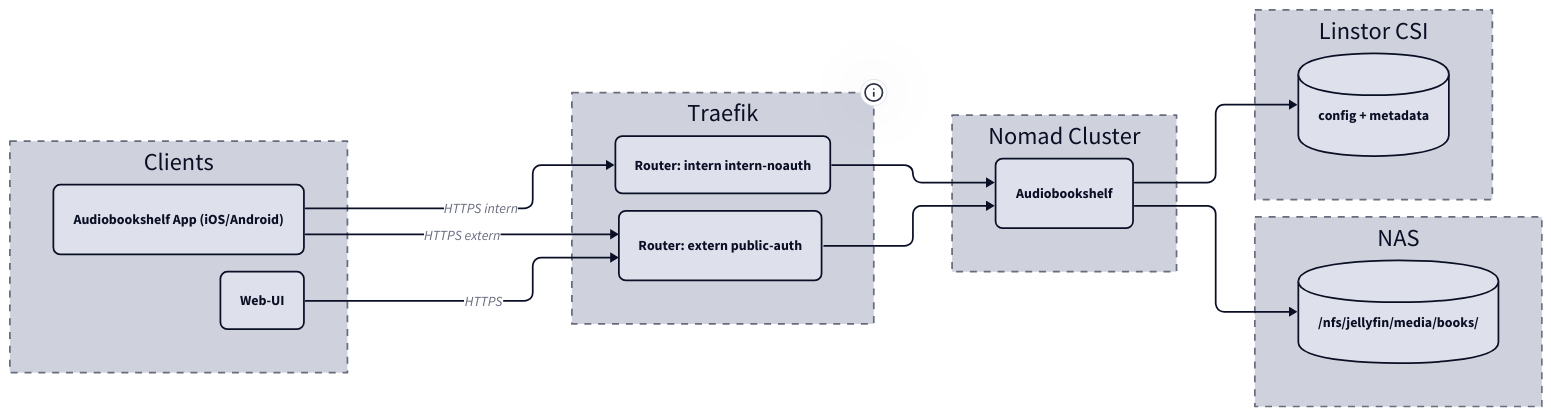
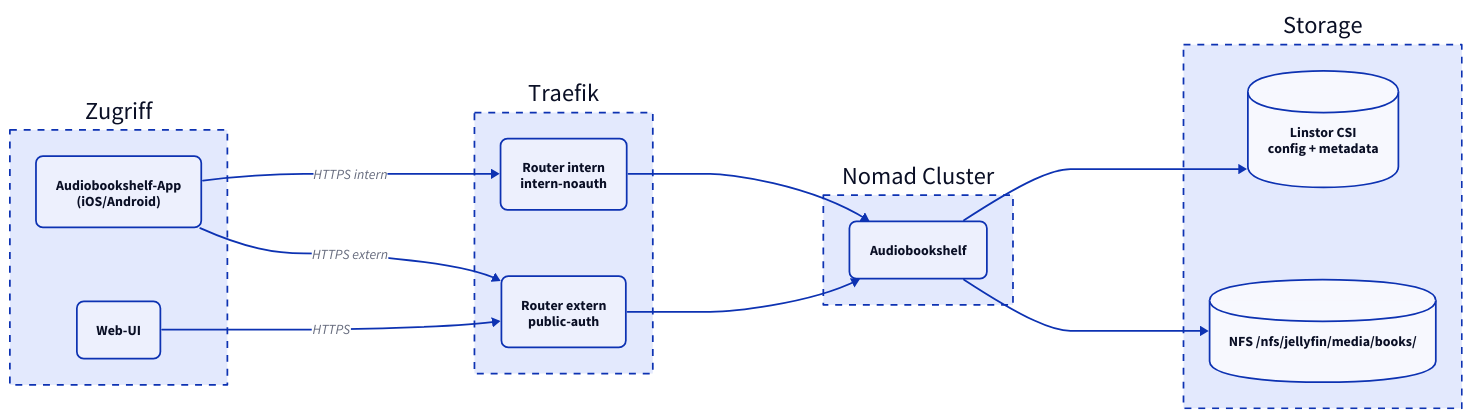
The diagram in docs/audiobookshelf/index.md (derever-labs/homelab-wiki), drawn with D2 before and after one commit. The commit also changed 11 other files, not shown here.

First line of the commit message:
docs(apps): Diagramme fuer TALA ueberarbeiten (Batch B5) (#101)

````diff
--- a/docs/audiobookshelf/index.md
+++ b/docs/audiobookshelf/index.md
@@ -26,45 +26,34 @@
 ```d2
-vars: {
-  d2-config: {
-    theme-id: 1
-    layout-engine: elk
-  }
-}
 direction: right
 
-Client: Clients {
+Clients: Zugriff {
   style.stroke-dash: 4
-  APP: "Audiobookshelf App (iOS/Android)" { style.border-radius: 8 }
+  APP: "Audiobookshelf-App\n(iOS/Android)" { style.border-radius: 8 }
   WEB: Web-UI { style.border-radius: 8 }
 }
 
 Traefik: Traefik {
   style.stroke-dash: 4
-  tooltip: "10.0.2.20"
-  INT: "Router: intern intern-noauth" { style.border-radius: 8 }
-  EXT: "Router: extern public-auth" { style.border-radius: 8 }
+  INT: "Router intern\nintern-noauth" { style.border-radius: 8 }
+  EXT: "Router extern\npublic-auth" { style.border-radius: 8 }
 }
 
 Nomad: Nomad Cluster {
   style.stroke-dash: 4
   ABS: Audiobookshelf { style.border-radius: 8 }
 }
 
-CSI: Linstor CSI {
+Storage: Storage {
   style.stroke-dash: 4
-  CFG: "config + metadata" { shape: cylinder }
+  CFG: "Linstor CSI\nconfig + metadata" { shape: cylinder }
+  BOOKS: "NFS /nfs/jellyfin/media/books/" { shape: cylinder }
 }
 
-NFS: NAS {
-  style.stroke-dash: 4
-  BOOKS: "/nfs/jellyfin/media/books/" { shape: cylinder }
-}
-
-Client.APP -> Traefik.INT: HTTPS intern
-Client.APP -> Traefik.EXT: HTTPS extern
-Client.WEB -> Traefik.EXT: HTTPS
+Clients.APP -> Traefik.INT: HTTPS intern
+Clients.APP -> Traefik.EXT: HTTPS extern
+Clients.WEB -> Traefik.EXT: HTTPS
 Traefik.INT -> Nomad.ABS
 Traefik.EXT -> Nomad.ABS
-Nomad.ABS -> CSI.CFG
-Nomad.ABS -> NFS.BOOKS
+Nomad.ABS -> Storage.CFG
+Nomad.ABS -> Storage.BOOKS
 ```
````
